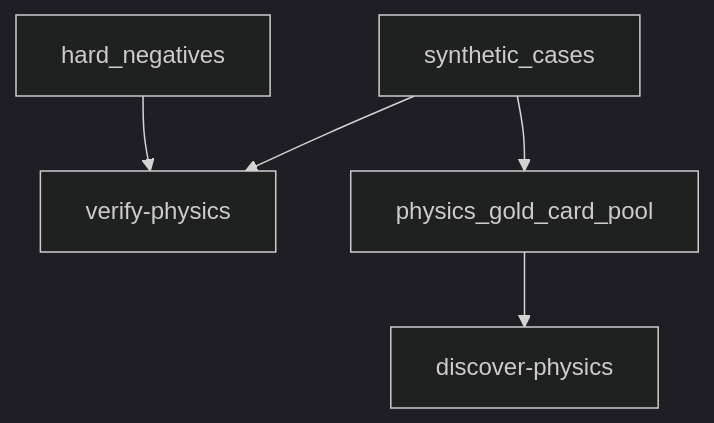
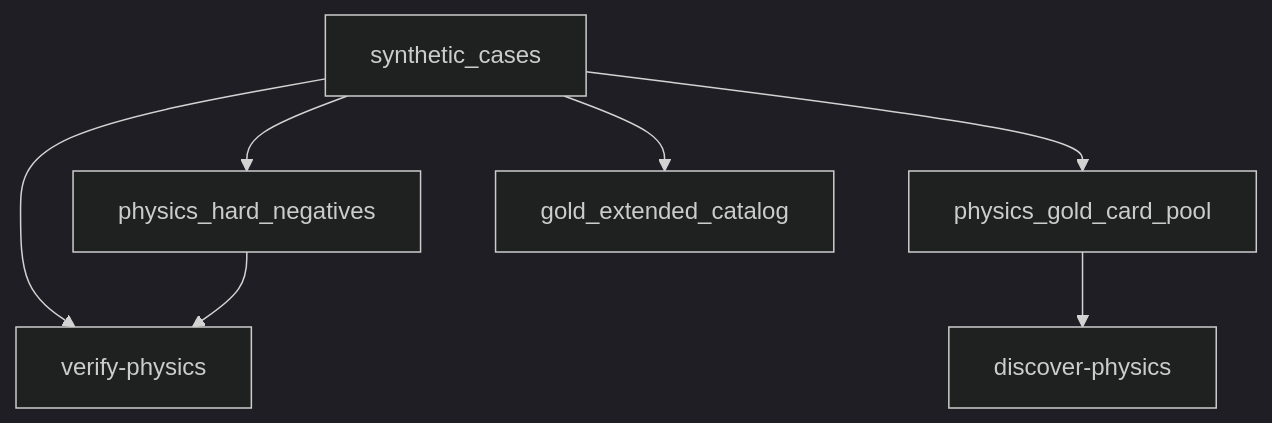
The diagram in src/mtg_loop_engine/corpus/physics_fixtures/README.md (witzbeck/mtg-loop-engine), drawn with Mermaid (dark theme) before and after one commit. The commit also changed other lines of this file and 35 other files, not shown here.

````diff
--- a/src/mtg_loop_engine/corpus/physics_fixtures/README.md
+++ b/src/mtg_loop_engine/corpus/physics_fixtures/README.md
@@ -10,7 +10,9 @@
 ```mermaid
 graph TB;
   synthetic[synthetic_cases] --> verifyPhysics[verify-physics];
-  hardNeg[hard_negatives] --> verifyPhysics;
+  synthetic --> physHN[physics_hard_negatives];
+  physHN --> verifyPhysics;
   synthetic --> physicsPool[physics_gold_card_pool];
   physicsPool --> discoverPhysics[discover-physics];
+  synthetic --> extCatalog[gold_extended_catalog];
 ```
````
